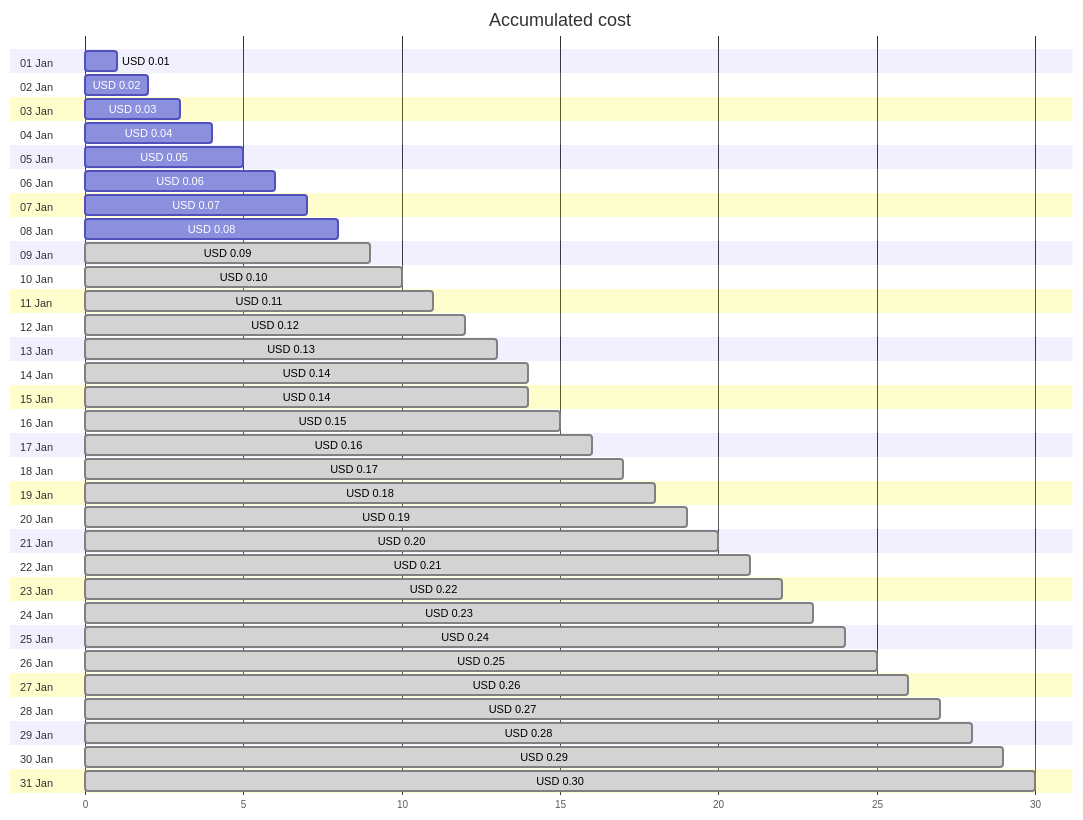
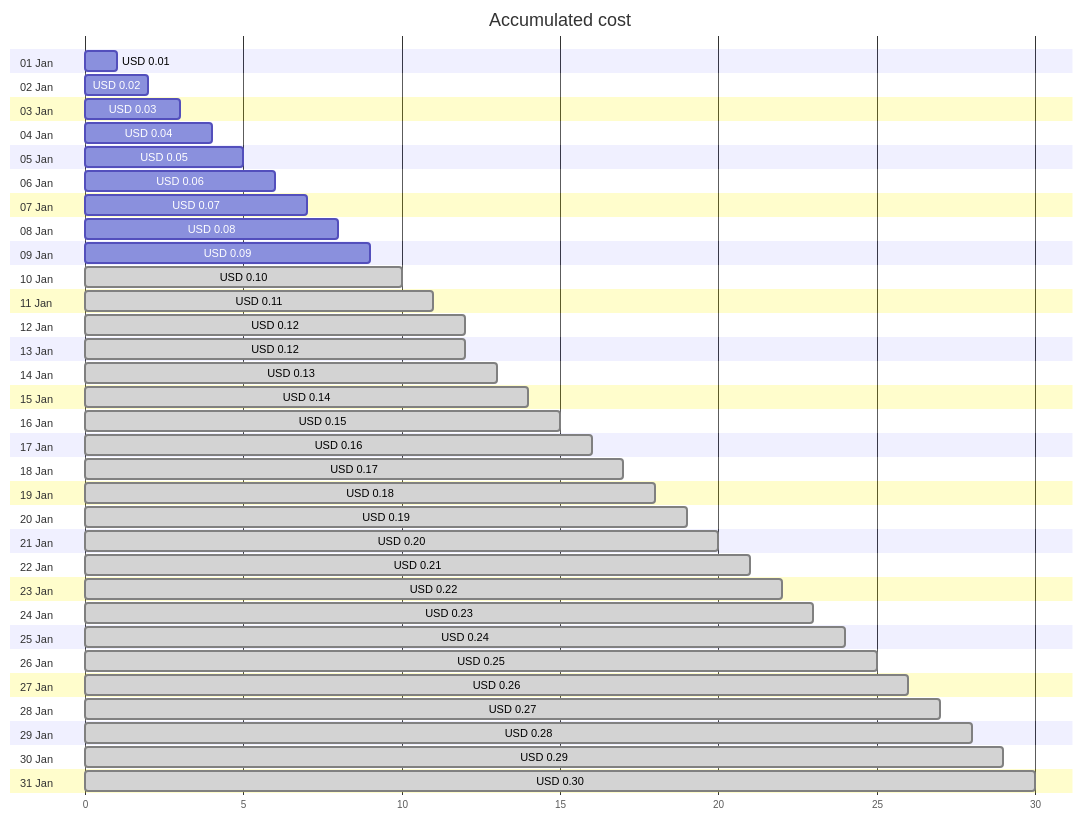
One commit to jpfulton/azure-personal-reports changed the first of 4 diagrams in cost-reports/cloud-shell-storage-eastus/README.md. Above: the diagram before and after it, drawn with Mermaid. The commit also changed other lines of this file and 1 other file, not shown here.

````diff
--- a/cost-reports/cloud-shell-storage-eastus/README.md
+++ b/cost-reports/cloud-shell-storage-eastus/README.md
@@ -20,68 +20,68 @@
 ```mermaid
 gantt
    title Accumulated cost
    dateFormat  X
    axisFormat %s
    section 01 Jan
    USD 0.01 :0, 1
    section 02 Jan
    USD 0.02 :0, 2
    section 03 Jan
    USD 0.03 :0, 3
    section 04 Jan
    USD 0.04 :0, 4
    section 05 Jan
    USD 0.05 :0, 5
    section 06 Jan
    USD 0.06 :0, 6
    section 07 Jan
    USD 0.07 :0, 7
    section 08 Jan
    USD 0.08 :0, 8
    section 09 Jan
-   USD 0.09 : done, 0, 9
+   USD 0.09 :0, 9
    section 10 Jan
    USD 0.10 : done, 0, 10
    section 11 Jan
    USD 0.11 : done, 0, 11
    section 12 Jan
    USD 0.12 : done, 0, 12
    section 13 Jan
+   USD 0.12 : done, 0, 12
+   section 14 Jan
    USD 0.13 : done, 0, 13
-   section 14 Jan
-   USD 0.14 : done, 0, 14
    section 15 Jan
    USD 0.14 : done, 0, 14
    section 16 Jan
    USD 0.15 : done, 0, 15
    section 17 Jan
    USD 0.16 : done, 0, 16
    section 18 Jan
    USD 0.17 : done, 0, 17
    section 19 Jan
    USD 0.18 : done, 0, 18
    section 20 Jan
    USD 0.19 : done, 0, 19
    section 21 Jan
    USD 0.20 : done, 0, 20
    section 22 Jan
    USD 0.21 : done, 0, 21
    section 23 Jan
    USD 0.22 : done, 0, 22
    section 24 Jan
    USD 0.23 : done, 0, 23
    section 25 Jan
    USD 0.24 : done, 0, 24
    section 26 Jan
    USD 0.25 : done, 0, 25
    section 27 Jan
    USD 0.26 : done, 0, 26
    section 28 Jan
    USD 0.27 : done, 0, 27
    section 29 Jan
    USD 0.28 : done, 0, 28
    section 30 Jan
    USD 0.29 : done, 0, 29
    section 31 Jan
    USD 0.30 : done, 0, 30
 ```
````
